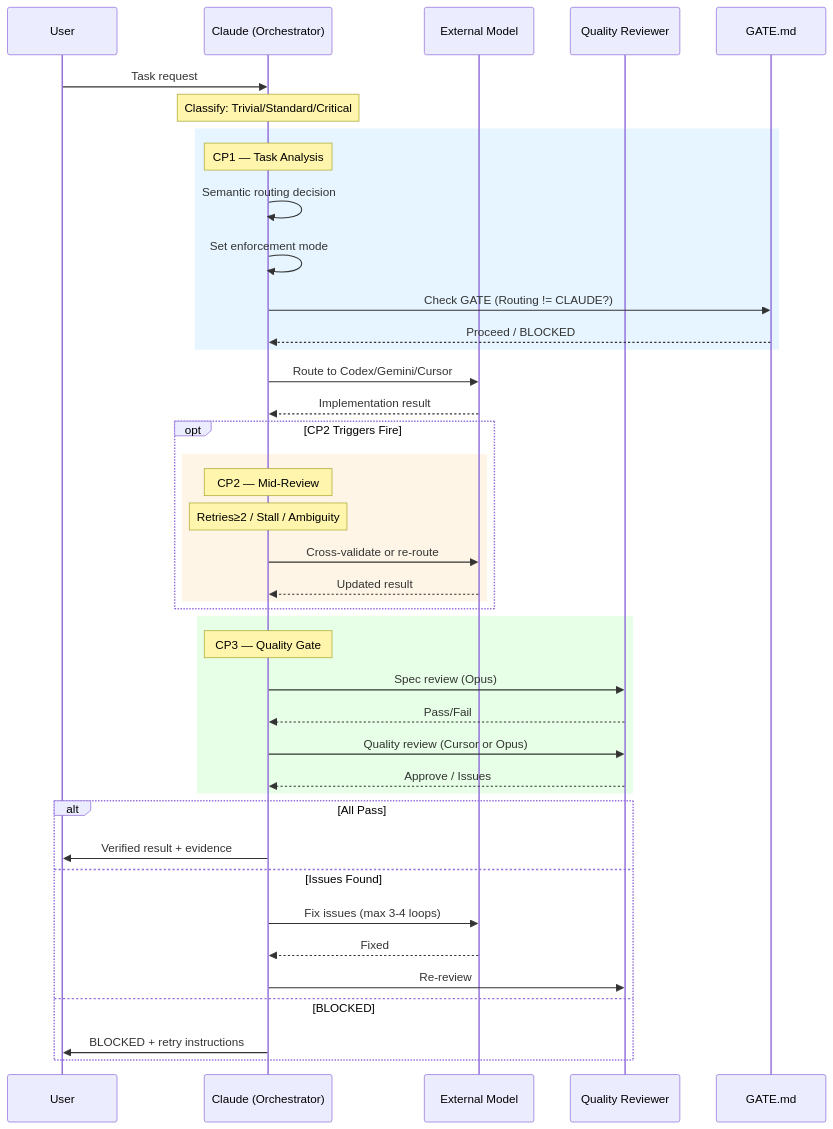
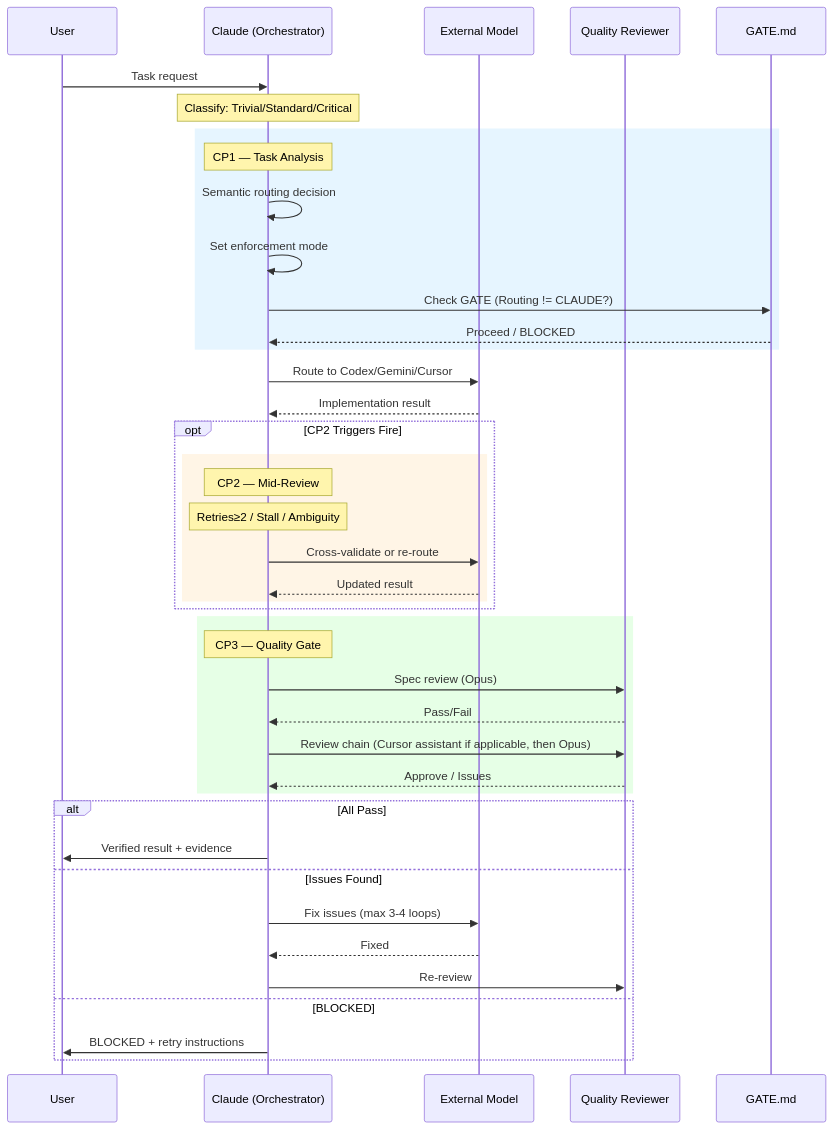
Before and after one commit to sitien173/refract: the fourth of 6 diagrams in plugin/docs/diagrams/cccg-workflow-architecture.md, drawn with Mermaid. The commit also changed other lines of this file and 14 other files, not shown here.

Commit message:
docs: make Opus final arbiter for review flow

````diff
--- a/plugin/docs/diagrams/cccg-workflow-architecture.md
+++ b/plugin/docs/diagrams/cccg-workflow-architecture.md
@@ -156,49 +156,49 @@
 ```mermaid
 sequenceDiagram
     participant U as User
     participant C as Claude (Orchestrator)
     participant M as External Model
     participant R as Quality Reviewer
     participant G as GATE.md
 
     U->>C: Task request
     Note over C: Classify: Trivial/Standard/Critical
 
     rect rgb(230, 245, 255)
         Note over C: CP1 — Task Analysis
         C->>C: Semantic routing decision
         C->>C: Set enforcement mode
         C->>G: Check GATE (Routing != CLAUDE?)
         G-->>C: Proceed / BLOCKED
     end
 
     C->>M: Route to Codex/Gemini/Cursor
     M-->>C: Implementation result
 
     opt CP2 Triggers Fire
         rect rgb(255, 245, 230)
             Note over C: CP2 — Mid-Review
             Note over C: Retries≥2 / Stall / Ambiguity
             C->>M: Cross-validate or re-route
             M-->>C: Updated result
         end
     end
 
     rect rgb(230, 255, 230)
         Note over C: CP3 — Quality Gate
         C->>R: Spec review (Opus)
         R-->>C: Pass/Fail
-        C->>R: Quality review (Cursor or Opus)
+        C->>R: Review chain (Cursor assistant if applicable, then Opus)
         R-->>C: Approve / Issues
     end
 
     alt All Pass
         C->>U: Verified result + evidence
     else Issues Found
         C->>M: Fix issues (max 3-4 loops)
         M-->>C: Fixed
         C->>R: Re-review
     else BLOCKED
         C->>U: BLOCKED + retry instructions
     end
 ```
````
